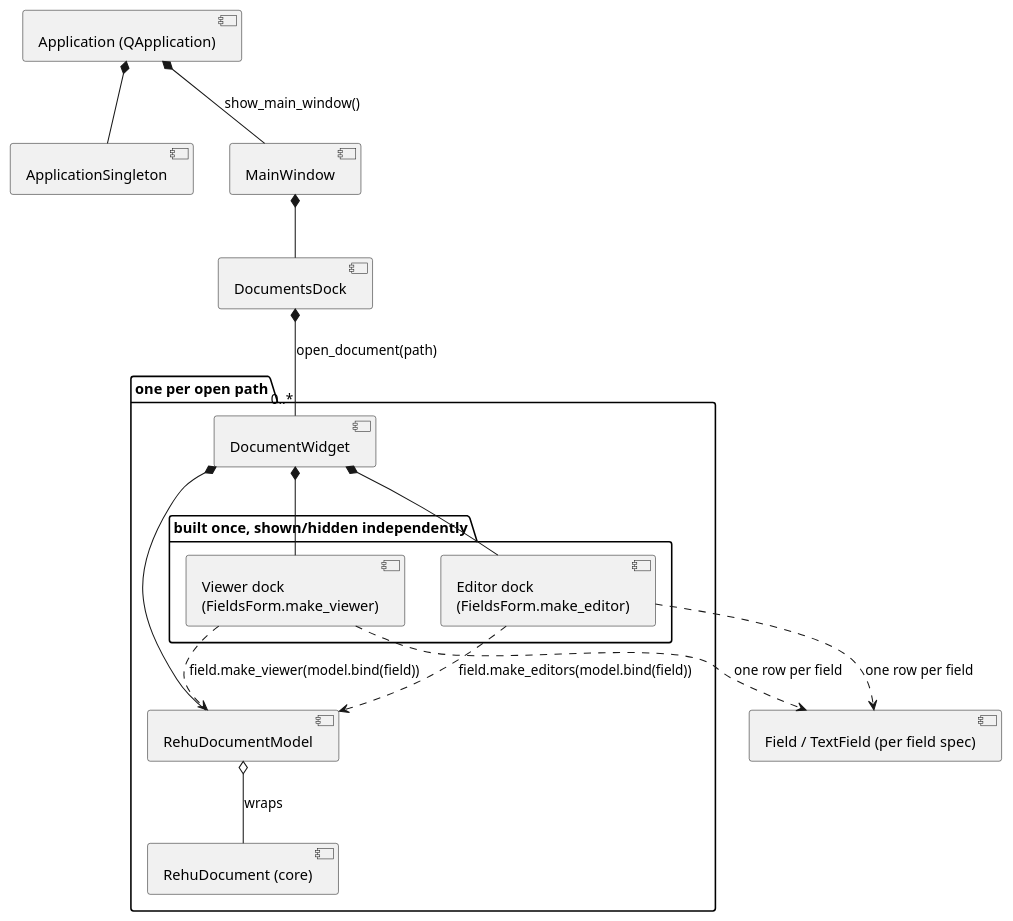
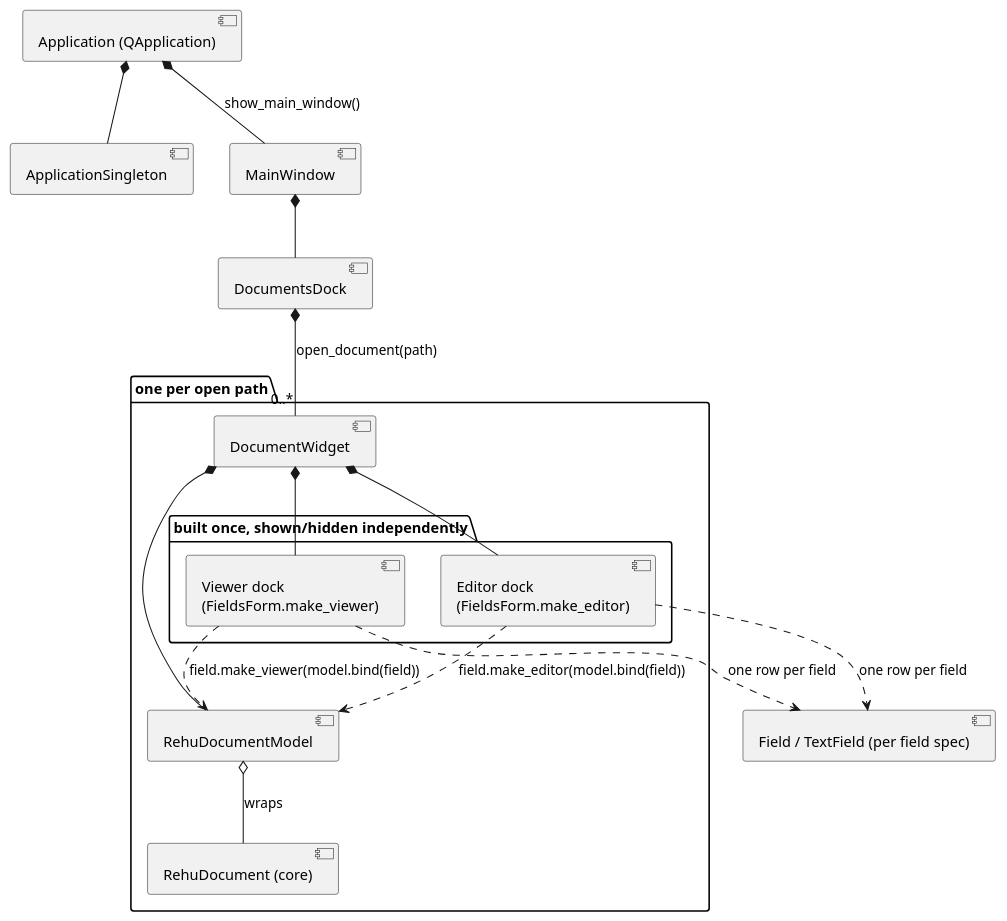
One commit to borco/rehuco changed the diagram in docs/specs/diagrams/component-decomposition.md. Above: the diagram before and after it, drawn with PlantUML. The commit also changed 1 other file, not shown here.

Commit message:
refs #26: docs: reframe the multi-editor split as a multi-surface/dock concern
plugins.md 13.2.1 and the component-decomposition diagram: make_editor
(singular) returning a widget bundle, one editor per field, and the
split into docks owned by the assembler rather than a per-field list.

````diff
--- a/docs/specs/diagrams/component-decomposition.md
+++ b/docs/specs/diagrams/component-decomposition.md
@@ -12,34 +12,34 @@
 ```plantuml
 @startuml
 component "Application (QApplication)" as App
 component "ApplicationSingleton" as Singleton
 component "MainWindow" as Win
 component "DocumentsDock" as Dock
 
 package "one per open path" {
   component "DocumentWidget" as DocW
   component "RehuDocumentModel" as Model
   component "RehuDocument (core)" as Core
 
   package "built once, shown/hidden independently" {
     component "Viewer dock\n(FieldsForm.make_viewer)" as Viewer
     component "Editor dock\n(FieldsForm.make_editor)" as Editor
   }
 }
 
 component "Field / TextField (per field spec)" as FieldC
 
 App *-- Singleton
 App *-- Win : show_main_window()
 Win *-- Dock
 Dock *-- "0..*" DocW : open_document(path)
 DocW *-- Model
 DocW *-- Viewer
 DocW *-- Editor
 Model o-- Core : wraps
 Viewer ..> FieldC : one row per field
 Editor ..> FieldC : one row per field
 Viewer ..> Model : field.make_viewer(model.bind(field))
-Editor ..> Model : field.make_editors(model.bind(field))
+Editor ..> Model : field.make_editor(model.bind(field))
 @enduml
 ```
````
